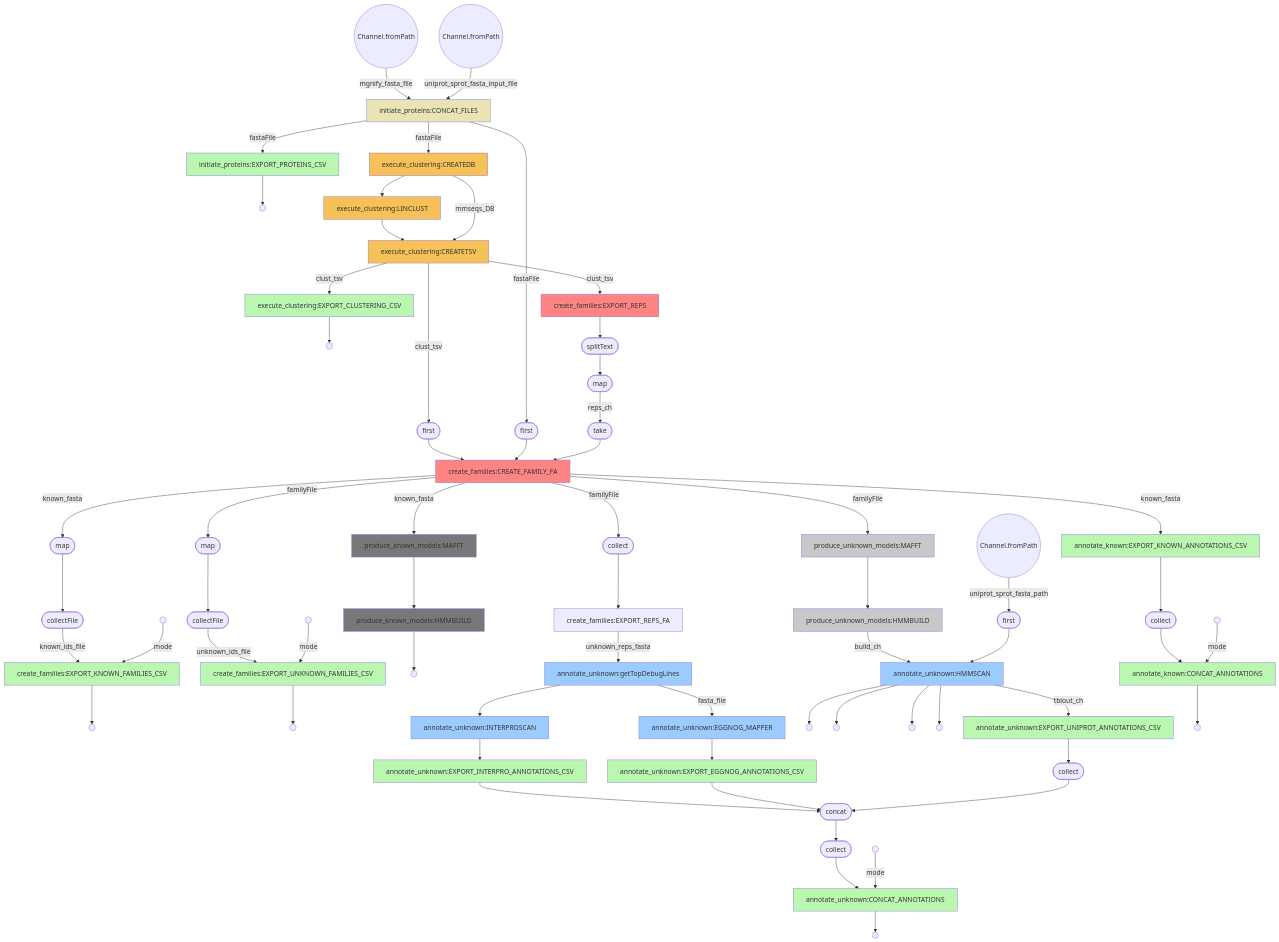
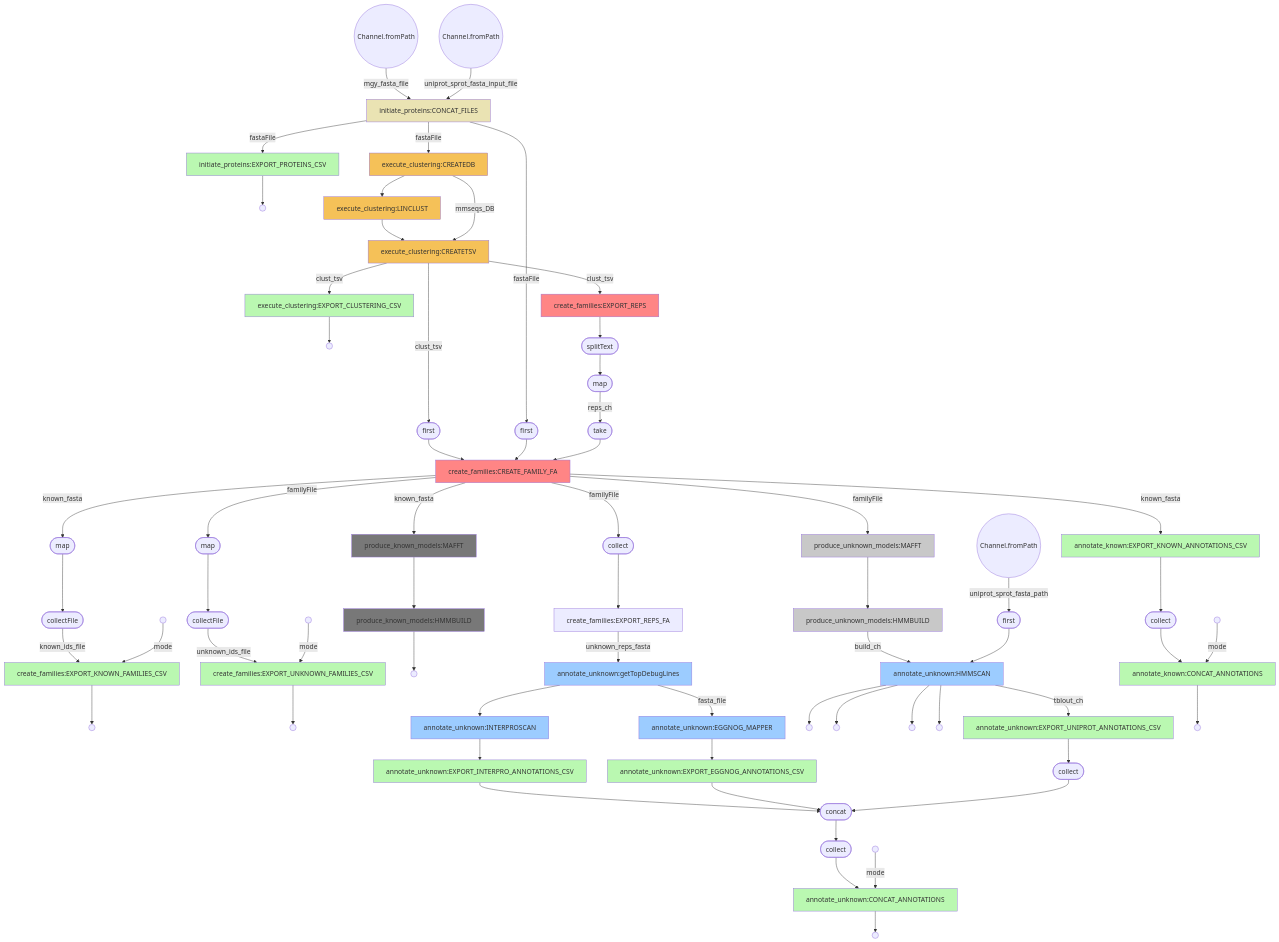
The diagram in flowchart_main.mmd (EBI-Metagenomics/mgnifams), drawn with Mermaid before and after one commit. The commit also changed 5 other files, not shown here.

```diff
--- a/flowchart_main.mmd
+++ b/flowchart_main.mmd
@@ -1,145 +1,145 @@
 flowchart TD
     p0((Channel.fromPath))
     p1((Channel.fromPath))
     p2[initiate_proteins:CONCAT_FILES]
     style p2 fill:#eae3b3
     p3[initiate_proteins:EXPORT_PROTEINS_CSV]
     style p3 fill:#baf8b1
     p4(( ))
     p5[execute_clustering:CREATEDB]
     style p5 fill:#f5c158
     p6[execute_clustering:LINCLUST]
     style p6 fill:#f5c158
     p7[execute_clustering:CREATETSV]
     style p7 fill:#f5c158
     p8[execute_clustering:EXPORT_CLUSTERING_CSV]
     style p8 fill:#baf8b1
     p9(( ))
     p10[create_families:EXPORT_REPS]
     style p10 fill:#ff8585
     p11([splitText])
     p12([map])
     p13([first])
     p14([first])
     p15([take])
     p16[create_families:CREATE_FAMILY_FA]
     style p16 fill:#ff8585
     p17([map])
     p18([collectFile])
     p19(( ))
     p20[create_families:EXPORT_KNOWN_FAMILIES_CSV]
     style p20 fill:#baf8b1
     p21(( ))
     p22([collect])
     p23[create_families:EXPORT_REPS_FA]
     p24([map])
     p25([collectFile])
     p26(( ))
     p27[create_families:EXPORT_UNKNOWN_FAMILIES_CSV]
     style p27 fill:#baf8b1
     p28(( ))
     p29[produce_unknown_models:MAFFT]
     style p29 fill:#c8c8c8
     p30[produce_unknown_models:HMMBUILD]
     style p30 fill:#c8c8c8
     p31[produce_known_models:MAFFT]
     style p31 fill:#787878
     p32[produce_known_models:HMMBUILD]
     style p32 fill:#787878
     p33(( ))
     p34((Channel.fromPath))
     p35[annotate_unknown:getTopDebugLines]
     style p35 fill:#9cccff
     p36[annotate_unknown:INTERPROSCAN]
     style p36 fill:#9cccff
     p37[annotate_unknown:EGGNOG_MAPPER]
     style p37 fill:#9cccff
     p38([first])
     p39[annotate_unknown:HMMSCAN]
     style p39 fill:#9cccff
     p40(( ))
     p41(( ))
     p42(( ))
     p43(( ))
     p44[annotate_unknown:EXPORT_INTERPRO_ANNOTATIONS_CSV]
     style p44 fill:#baf8b1
     p45[annotate_unknown:EXPORT_EGGNOG_ANNOTATIONS_CSV]
     style p45 fill:#baf8b1
     p46[annotate_unknown:EXPORT_UNIPROT_ANNOTATIONS_CSV]
     style p46 fill:#baf8b1
     p47([collect])
     p48([concat])
     p49([collect])
     p50(( ))
     p51[annotate_unknown:CONCAT_ANNOTATIONS]
     style p51 fill:#baf8b1
     p52(( ))
     p53[annotate_known:EXPORT_KNOWN_ANNOTATIONS_CSV]
     style p53 fill:#baf8b1
     p54([collect])
     p55(( ))
     p56[annotate_known:CONCAT_ANNOTATIONS]
     style p56 fill:#baf8b1
     p57(( ))
-    p0 -->|mgnify_fasta_file| p2
+    p0 -->|mgy_fasta_file| p2
     p1 -->|uniprot_sprot_fasta_input_file| p2
     p2 -->|fastaFile| p3
     p3 --> p4
     p2 -->|fastaFile| p5
     p5 --> p6
     p6 --> p7
     p5 -->|mmseqs_DB| p7
     p7 -->|clust_tsv| p8
     p8 --> p9
     p7 -->|clust_tsv| p10
     p10 --> p11
     p11 --> p12
     p12 -->|reps_ch| p15
     p7 -->|clust_tsv| p13
     p13 --> p16
     p2 -->|fastaFile| p14
     p14 --> p16
     p15 --> p16
     p16 -->|known_fasta| p17
     p16 -->|familyFile| p22
     p17 --> p18
     p18 -->|known_ids_file| p20
     p19 -->|mode| p20
     p20 --> p21
     p22 --> p23
     p23 -->|unknown_reps_fasta| p35
     p16 -->|familyFile| p24
     p24 --> p25
     p25 -->|unknown_ids_file| p27
     p26 -->|mode| p27
     p27 --> p28
     p16 -->|familyFile| p29
     p29 --> p30
     p30 -->|build_ch| p39
     p16 -->|known_fasta| p31
     p31 --> p32
     p32 --> p33
     p34 -->|uniprot_sprot_fasta_path| p38
     p35 --> p36
     p36 --> p44
     p35 -->|fasta_file| p37
     p37 --> p45
     p38 --> p39
     p39 --> p43
     p39 --> p42
     p39 --> p41
     p39 --> p40
     p39 -->|tblout_ch| p46
     p44 --> p48
     p45 --> p48
     p46 --> p47
     p47 --> p48
     p48 --> p49
     p49 --> p51
     p50 -->|mode| p51
     p51 --> p52
     p16 -->|known_fasta| p53
     p53 --> p54
     p54 --> p56
     p55 -->|mode| p56
     p56 --> p57
```
